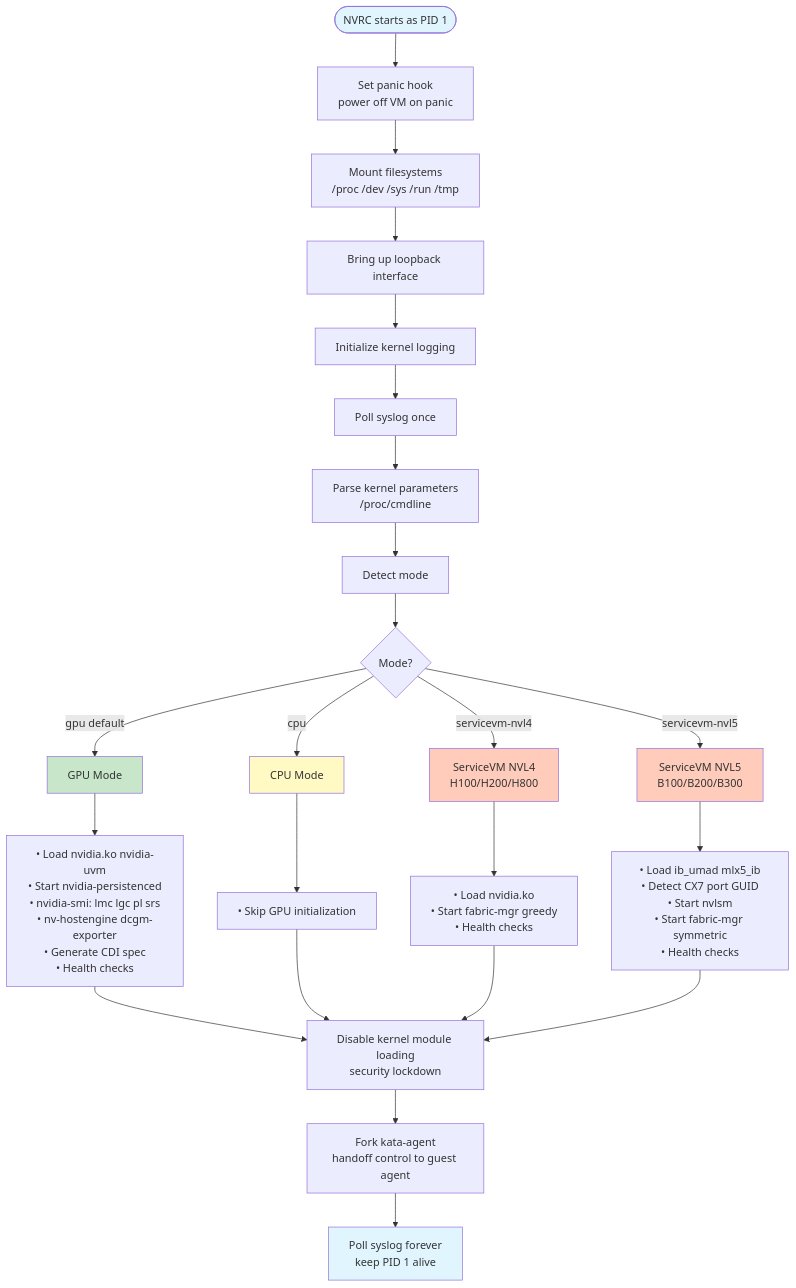
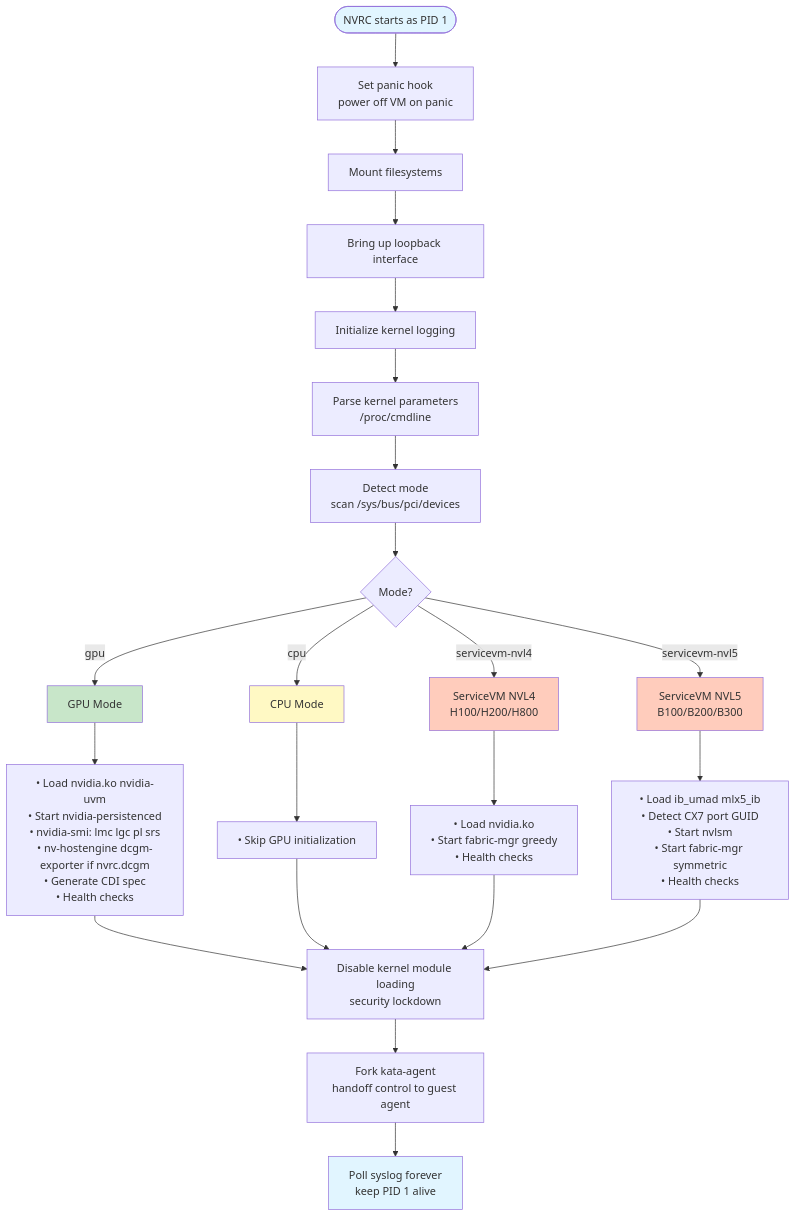
One commit to zvonkok/nvrc changed the diagram in README.md. Above: the diagram before and after it, drawn with Mermaid. The commit also changed other lines of this file, not shown here.

First line of the commit message:
docs: address Copilot review feedback on diagram

````diff
--- a/README.md
+++ b/README.md
@@ -23,41 +23,40 @@
 ```mermaid
 flowchart TD
     Start([NVRC starts as PID 1]) --> PanicHook[Set panic hook<br/>power off VM on panic]
-    PanicHook --> MountFS[Mount filesystems<br/>/proc /dev /sys /run /tmp]
+    PanicHook --> MountFS[Mount filesystems]
     MountFS --> LoopbackUp[Bring up loopback interface]
     LoopbackUp --> InitKernlog[Initialize kernel logging]
-    InitKernlog --> PollSyslogOnce[Poll syslog once]
-    PollSyslogOnce --> ParseKernel[Parse kernel parameters<br/>/proc/cmdline]
+    InitKernlog --> ParseKernel[Parse kernel parameters<br/>/proc/cmdline]
     
-    ParseKernel --> DetectMode[Detect mode]
+    ParseKernel --> DetectMode[Detect mode<br/>scan /sys/bus/pci/devices]
     DetectMode --> ModeSelect{Mode?}
     
-    ModeSelect -->|gpu default| GPUMode[GPU Mode]
+    ModeSelect -->|gpu| GPUMode[GPU Mode]
     ModeSelect -->|cpu| CPUMode[CPU Mode]
     ModeSelect -->|servicevm-nvl4| NVL4Mode[ServiceVM NVL4<br/>H100/H200/H800]
     ModeSelect -->|servicevm-nvl5| NVL5Mode[ServiceVM NVL5<br/>B100/B200/B300]
     
-    GPUMode --> GPUSteps[• Load nvidia.ko nvidia-uvm<br/>• Start nvidia-persistenced<br/>• nvidia-smi: lmc lgc pl srs<br/>• nv-hostengine dcgm-exporter<br/>• Generate CDI spec<br/>• Health checks]
+    GPUMode --> GPUSteps[• Load nvidia.ko nvidia-uvm<br/>• Start nvidia-persistenced<br/>• nvidia-smi: lmc lgc pl srs<br/>• nv-hostengine dcgm-exporter if nvrc.dcgm<br/>• Generate CDI spec<br/>• Health checks]
     
     CPUMode --> CPUSteps[• Skip GPU initialization]
     
     NVL4Mode --> NVL4Steps[• Load nvidia.ko<br/>• Start fabric-mgr greedy<br/>• Health checks]
     
     NVL5Mode --> NVL5Steps[• Load ib_umad mlx5_ib<br/>• Detect CX7 port GUID<br/>• Start nvlsm<br/>• Start fabric-mgr symmetric<br/>• Health checks]
     
     GPUSteps --> Lockdown
     CPUSteps --> Lockdown
     NVL4Steps --> Lockdown
     NVL5Steps --> Lockdown
     
     Lockdown[Disable kernel module loading<br/>security lockdown]
     Lockdown --> ForkAgent[Fork kata-agent<br/>handoff control to guest agent]
     ForkAgent --> PollSyslog[Poll syslog forever<br/>keep PID 1 alive]
     
     style Start fill:#e1f5ff
     style PollSyslog fill:#e1f5ff
     style GPUMode fill:#c8e6c9
     style CPUMode fill:#fff9c4
     style NVL4Mode fill:#ffccbc
     style NVL5Mode fill:#ffccbc
 ```
````
